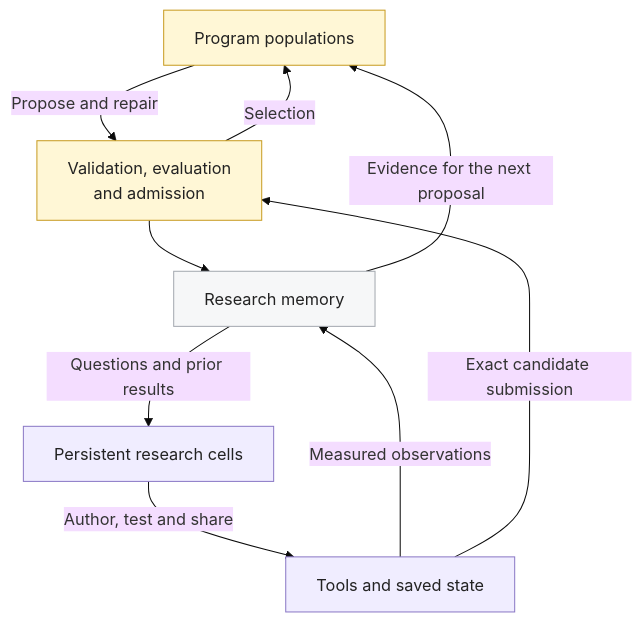
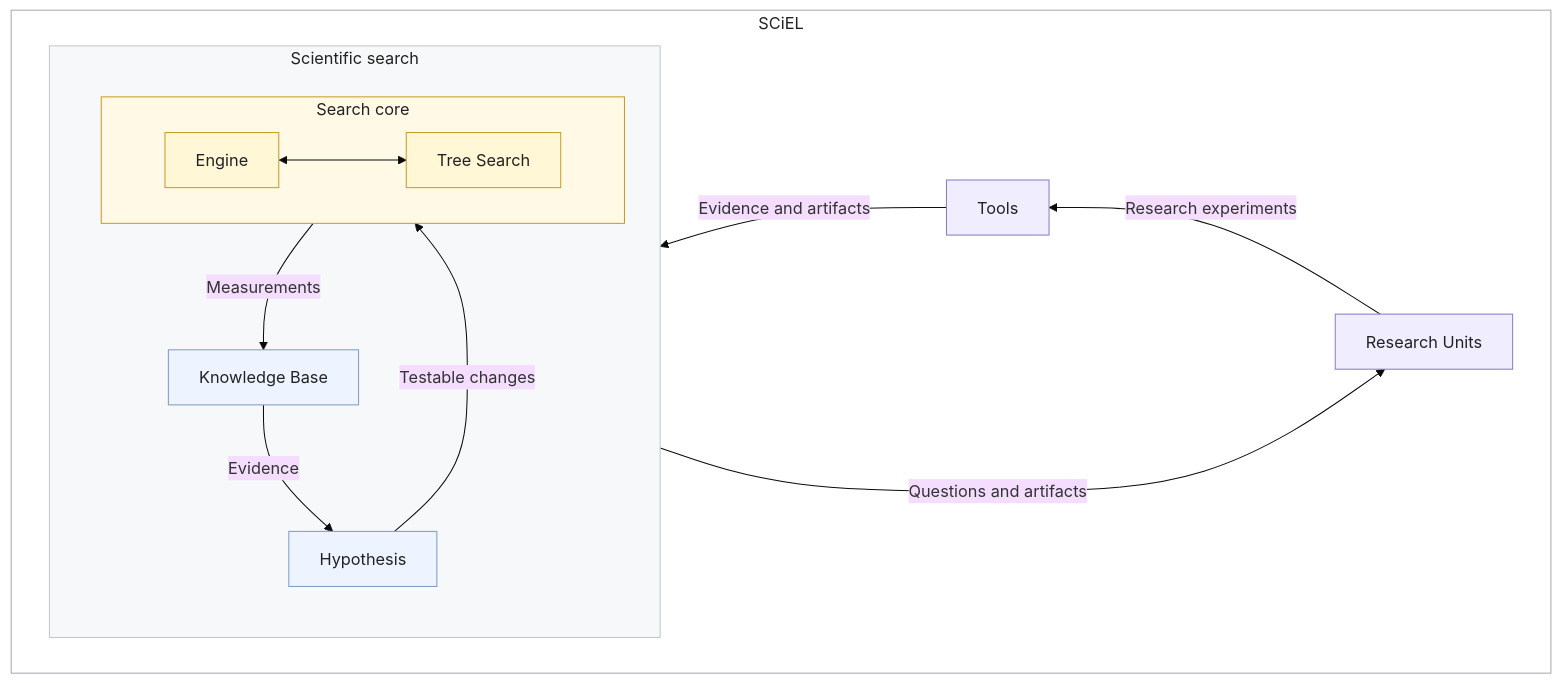
Before and after one commit to Doldrums/sciel: the diagram in README.md, drawn with Mermaid (base theme). The commit also changed other lines of this file, not shown here.

Commit message:
docs: show nested SCiEL architecture [skip ci]

````diff
--- a/README.md
+++ b/README.md
@@ -32,18 +33,35 @@
 ```mermaid
-flowchart TB
-    P["Program populations"] -->|"Propose and repair"| E["Validation, evaluation<br/>and admission"]
-    E -->|"Selection"| P
-    E --> K["Research memory"]
-    K -->|"Evidence for the next proposal"| P
-    K -->|"Questions and prior results"| C["Persistent research cells"]
-    C -->|"Author, test and share"| T["Tools and saved state"]
-    T -->|"Measured observations"| K
-    T -->|"Exact candidate submission"| E
+flowchart RL
+    subgraph SCIEL["SCiEL"]
+        direction RL
+        subgraph CORE["Scientific search"]
+            direction TB
+            subgraph SEARCH["Search core"]
+                direction LR
+                ENGINE["Engine"]
+                TREE["Tree Search"]
+                ENGINE <--> TREE
+            end
+            KB["Knowledge Base"]
+            HYP["Hypothesis"]
+            KB -->|"Evidence"| HYP
+            HYP -->|"Testable changes"| SEARCH
+            SEARCH -->|"Measurements"| KB
+        end
+        UNITS["Research Units"]
+        TOOLS["Tools"]
+        CORE -->|"Questions and artifacts"| UNITS
+        UNITS -->|"Research experiments"| TOOLS
+        TOOLS -->|"Evidence and artifacts"| CORE
+    end
 
+    style SCIEL fill:#ffffff,stroke:#a5a9b0,color:#222;
+    style CORE fill:#f7f8fa,stroke:#c3c7cd,color:#222;
+    style SEARCH fill:#fff9e6,stroke:#c89c22,color:#222;
     classDef search fill:#fff7d6,stroke:#c89c22,color:#222;
+    classDef memory fill:#eef4ff,stroke:#7f9bc4,color:#222;
     classDef research fill:#f0edff,stroke:#8b79c6,color:#222;
-    classDef evidence fill:#f6f7f8,stroke:#a5a9b0,color:#222;
-    class P,E search;
-    class C,T research;
-    class K evidence;
+    class ENGINE,TREE search;
+    class KB,HYP memory;
+    class UNITS,TOOLS research;
 ```
````
